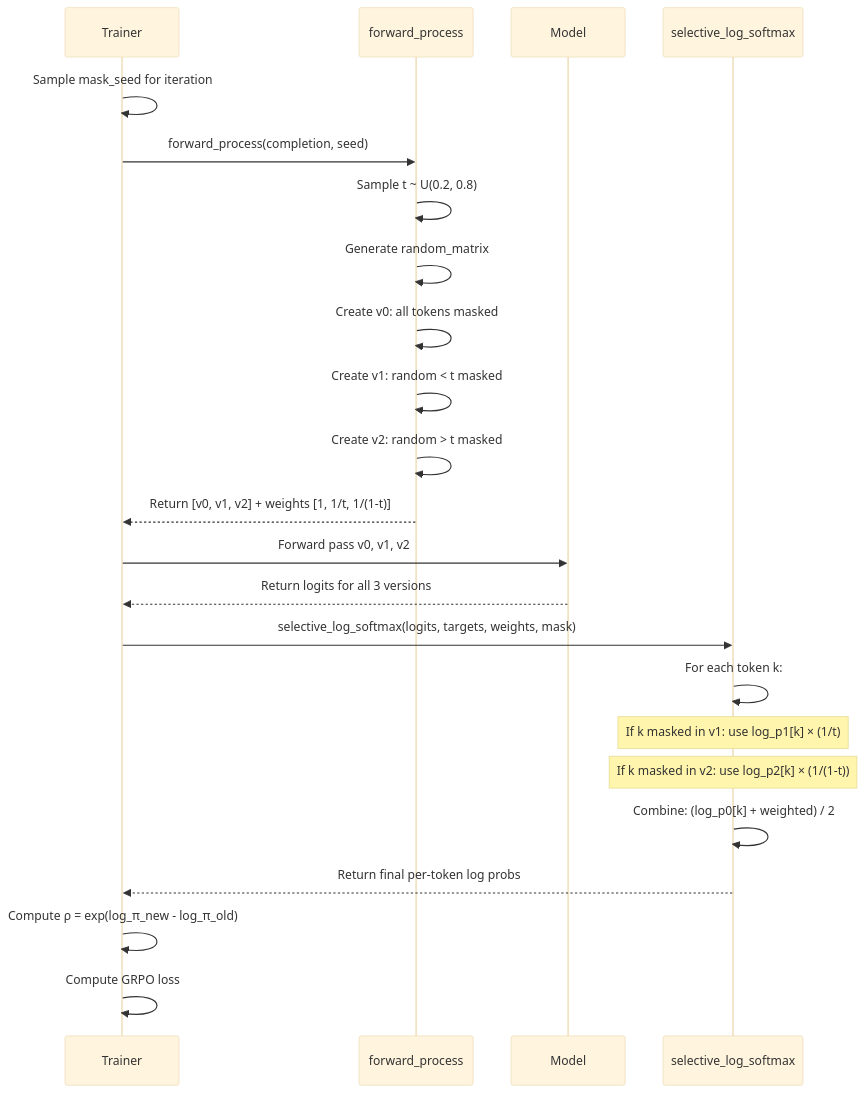
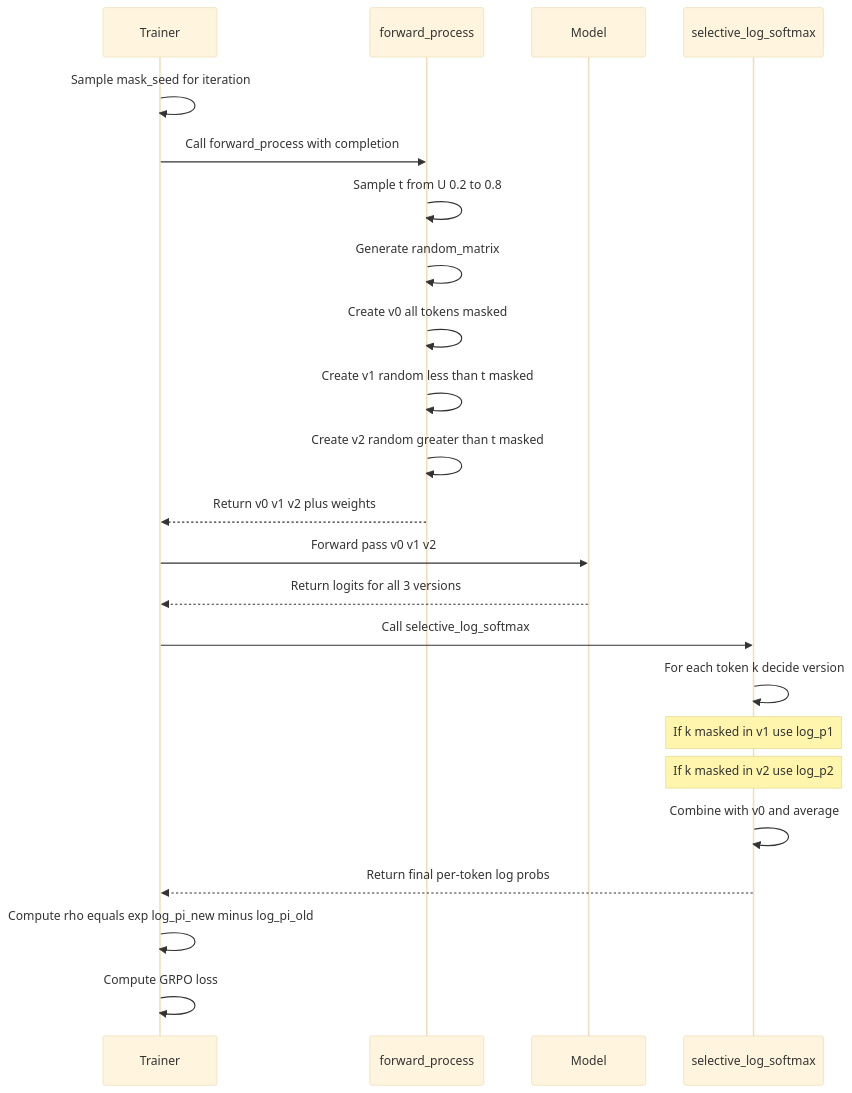
Before and after one commit to AlufRon/PingPong3D: the fourth of 5 diagrams in DIFFUCODER_DEEP_ANALYSIS.md, drawn with Mermaid (base theme). The commit also changed other lines of this file, not shown here.

First line of the commit message:
Fix mermaid syntax for GitHub compatibility

````diff
--- a/DIFFUCODER_DEEP_ANALYSIS.md
+++ b/DIFFUCODER_DEEP_ANALYSIS.md
@@ -154,34 +163,34 @@
 ```mermaid
 sequenceDiagram
     participant T as Trainer
     participant FP as forward_process
     participant M as Model
     participant SLS as selective_log_softmax
 
     T->>T: Sample mask_seed for iteration
-    T->>FP: forward_process(completion, seed)
+    T->>FP: Call forward_process with completion
 
-    FP->>FP: Sample t ~ U(0.2, 0.8)
+    FP->>FP: Sample t from U 0.2 to 0.8
     FP->>FP: Generate random_matrix
 
-    FP->>FP: Create v0: all tokens masked
-    FP->>FP: Create v1: random < t masked
-    FP->>FP: Create v2: random > t masked
+    FP->>FP: Create v0 all tokens masked
+    FP->>FP: Create v1 random less than t masked
+    FP->>FP: Create v2 random greater than t masked
 
-    FP-->>T: Return [v0, v1, v2] + weights [1, 1/t, 1/(1-t)]
+    FP-->>T: Return v0 v1 v2 plus weights
 
-    T->>M: Forward pass v0, v1, v2
+    T->>M: Forward pass v0 v1 v2
     M-->>T: Return logits for all 3 versions
 
-    T->>SLS: selective_log_softmax(logits, targets, weights, mask)
+    T->>SLS: Call selective_log_softmax
 
-    SLS->>SLS: For each token k:
-    Note over SLS: If k masked in v1: use log_p1[k] × (1/t)
-    Note over SLS: If k masked in v2: use log_p2[k] × (1/(1-t))
-    SLS->>SLS: Combine: (log_p0[k] + weighted) / 2
+    SLS->>SLS: For each token k decide version
+    Note over SLS: If k masked in v1 use log_p1
+    Note over SLS: If k masked in v2 use log_p2
+    SLS->>SLS: Combine with v0 and average
 
     SLS-->>T: Return final per-token log probs
 
-    T->>T: Compute ρ = exp(log_π_new - log_π_old)
+    T->>T: Compute rho equals exp log_pi_new minus log_pi_old
     T->>T: Compute GRPO loss
 ```
````
